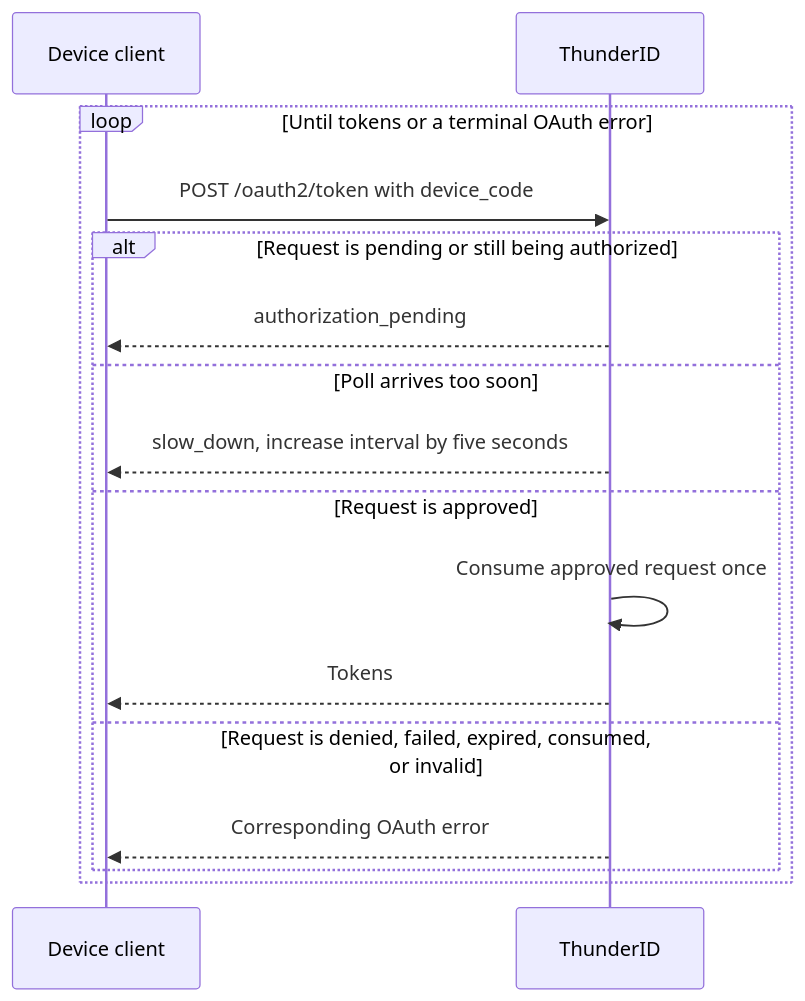
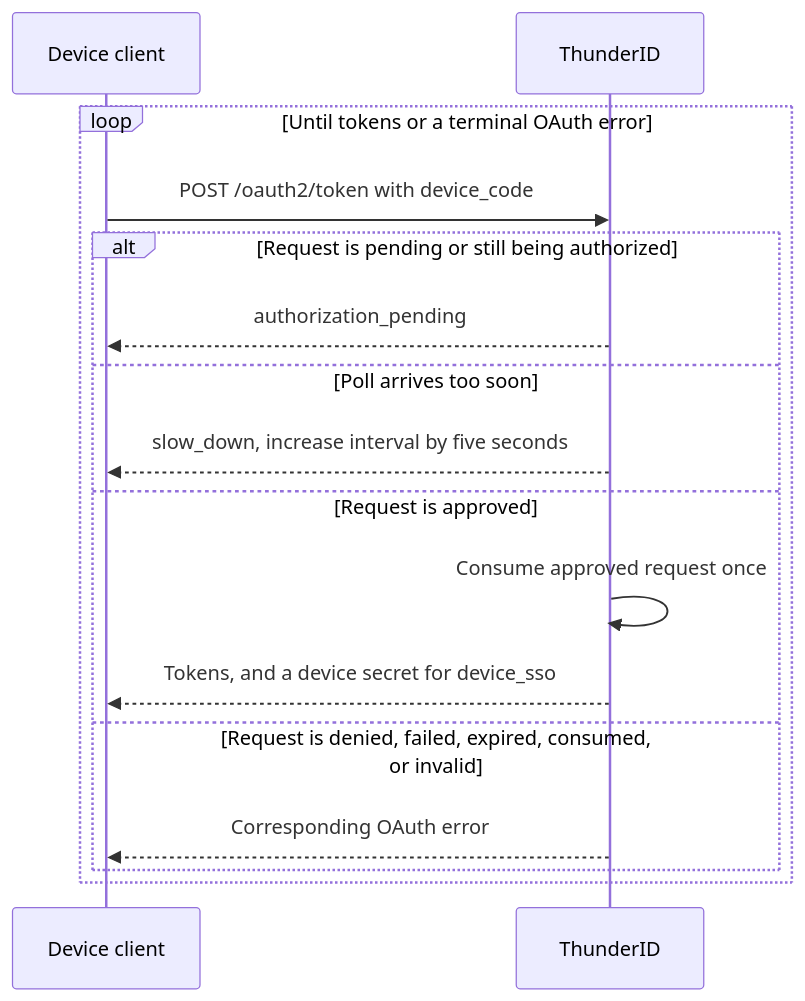
The second of 2 diagrams in docs-internals/device-authorization-grant/spec.md (thunder-id/thunderid), drawn with Mermaid before and after one commit. The commit also changed other lines of this file and 32 other files, not shown here.

First line of the commit message:
Return a device secret from the Device Code grant

````diff
--- a/docs-internals/device-authorization-grant/spec.md
+++ b/docs-internals/device-authorization-grant/spec.md
@@ -68,19 +69,19 @@
 ```mermaid
 sequenceDiagram
     participant Device as Device client
     participant ThunderID
 
     loop Until tokens or a terminal OAuth error
         Device->>ThunderID: POST /oauth2/token with device_code
         alt Request is pending or still being authorized
             ThunderID-->>Device: authorization_pending
         else Poll arrives too soon
             ThunderID-->>Device: slow_down, increase interval by five seconds
         else Request is approved
             ThunderID->>ThunderID: Consume approved request once
-            ThunderID-->>Device: Tokens
+            ThunderID-->>Device: Tokens, and a device secret for device_sso
         else Request is denied, failed, expired, consumed, or invalid
             ThunderID-->>Device: Corresponding OAuth error
         end
     end
 ```
````
